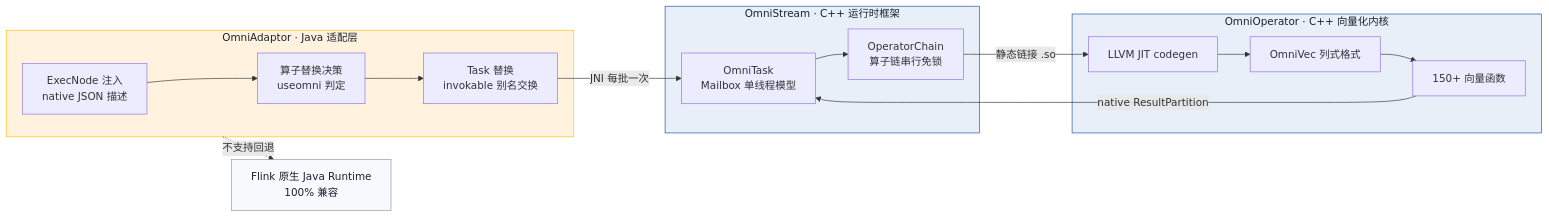
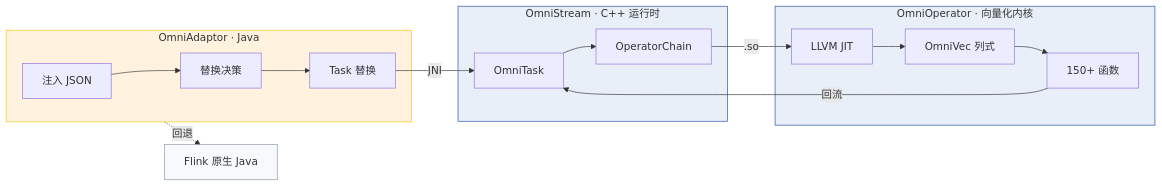
One commit to int2t05/internship changed the second of 13 diagrams in manuscript.md. Above: the diagram before and after it, drawn with Mermaid. The commit also changed other lines of this file and 12 other files, not shown here.

````diff
--- a/manuscript.md
+++ b/manuscript.md
@@ -157,30 +152,22 @@
 ```mermaid
 flowchart LR
-    subgraph Adaptor["OmniAdaptor · Java 适配层"]
-        A1["ExecNode 注入<br/>native JSON 描述"]
-        A2["算子替换决策<br/>useomni 判定"]
-        A3["Task 替换<br/>invokable 别名交换"]
-        A1 --> A2 --> A3
+    subgraph Adaptor["OmniAdaptor · Java"]
+        A1["注入 JSON"] --> A2["替换决策"] --> A3["Task 替换"]
     end
-    subgraph Stream["OmniStream · C++ 运行时框架"]
-        B1["OmniTask<br/>Mailbox 单线程模型"]
-        B2["OperatorChain<br/>算子链串行免锁"]
-        B1 --> B2
+    subgraph Stream["OmniStream · C++ 运行时"]
+        B1["OmniTask"] --> B2["OperatorChain"]
     end
-    subgraph Operator["OmniOperator · C++ 向量化内核"]
-        C1["LLVM JIT codegen"]
-        C2["OmniVec 列式格式"]
-        C3["150+ 向量函数"]
-        C1 --> C2 --> C3
+    subgraph Operator["OmniOperator · 向量化内核"]
+        C1["LLVM JIT"] --> C2["OmniVec 列式"] --> C3["150+ 函数"]
     end
-    A3 -->|JNI 每批一次| B1
-    B2 -->|静态链接 .so| C1
-    C3 -->|native ResultPartition| B1
-    Adaptor -.不支持回退.-> F["Flink 原生 Java Runtime<br/>100% 兼容"]
-    classDef java fill:#FFF3E0,stroke:#FFC107,color:#1A2230
-    classDef cpp fill:#E8EFF8,stroke:#1E4FA8,color:#1A2230
-    classDef fb fill:#F7F9FC,stroke:#8B97A8,color:#1A2230
+    A3 -->|JNI| B1
+    B2 -->|.so| C1
+    C3 -->|回流| B1
+    Adaptor -.回退.-> F["Flink 原生 Java"]
+    classDef java fill:#FFF3E0,stroke:#FFC107
+    classDef cpp fill:#E8EFF8,stroke:#1E4FA8
+    classDef fb fill:#F7F9FC,stroke:#8B97A8
     class Adaptor java
     class Stream,Operator cpp
     class F fb
 ```
````
